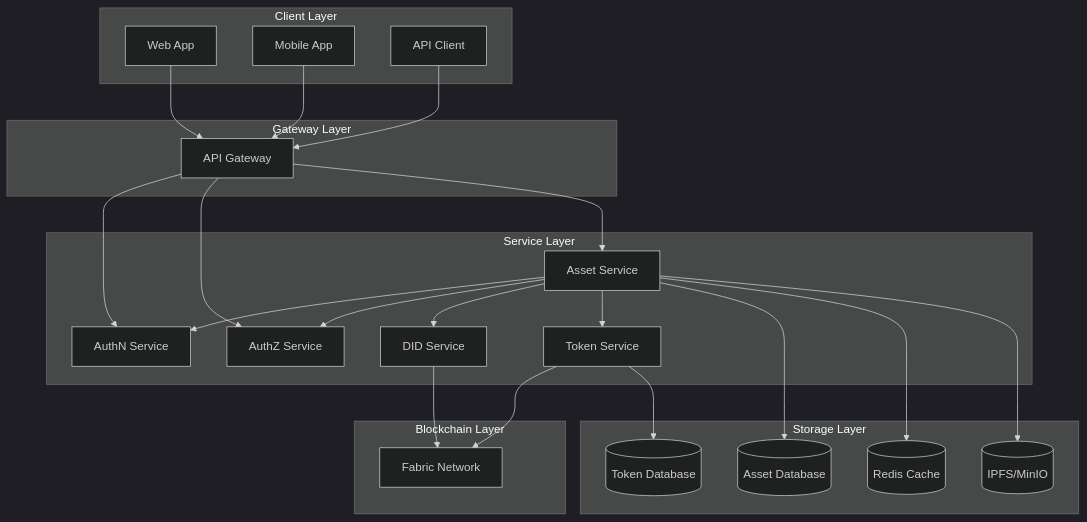
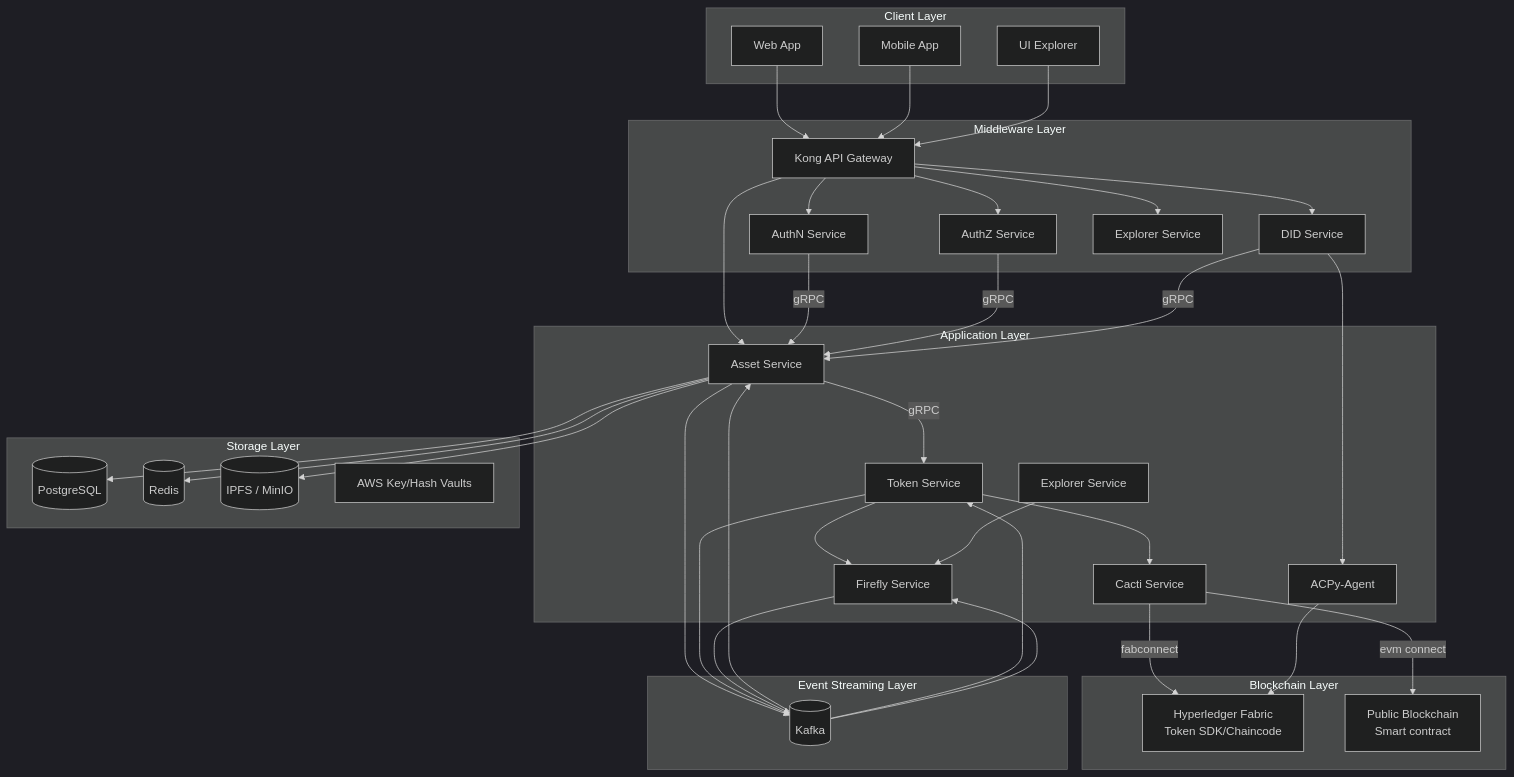
One commit to metafi-blockchain/metafi-digital-assets-service changed the first of 7 diagrams in docs/rd.vi.md. Above: the diagram before and after it, drawn with Mermaid (dark theme). The commit also changed other lines of this file, not shown here.

````diff
--- a/docs/rd.vi.md
+++ b/docs/rd.vi.md
@@ -86,53 +47,75 @@
 ```mermaid
 graph TD
     subgraph "Client Layer"
         Web[Web App]
         Mobile[Mobile App]
-        API[API Client]
+        Explorer[UI Explorer]
     end
 
-    subgraph "Gateway Layer"
-        Gateway[API Gateway]
+    subgraph "Middleware Layer"
+        Gateway[Kong API Gateway]
+        AuthN[AuthN Service]
+        AuthZ[AuthZ Service]
+        DID["DID Service"]
+        ExplorerService[Explorer Service]
     end
 
-    subgraph "Service Layer"
-        AuthN[AuthN Service]
-        AuthZ[AuthZ Service]
-        DID[DID Service]
+    subgraph "Application Layer"
         Asset[Asset Service]
         Token[Token Service]
+        Firefly[Firefly Service]
+        ExplorerServiceApp[Explorer Service]
+        Cacti[Cacti Service]
+        ACAPy[ACPy-Agent]
     end
 
     subgraph "Blockchain Layer"
-        Fabric[Fabric Network]
+        Fabric["Hyperledger Fabric\nToken SDK/Chaincode"]
+        PublicChain["Public Blockchain\nSmart contract"]
     end
 
     subgraph "Storage Layer"
-        AssetDB[(Asset Database)]
-        TokenDB[(Token Database)]
-        Cache[(Redis Cache)]
-        Storage[(IPFS/MinIO)]
+        DB[(PostgreSQL)]
+        Cache[(Redis)]
+        Storage[(IPFS / MinIO)]
+        KeyVaults[AWS Key/Hash Vaults]
+    end
+
+    subgraph "Event Streaming Layer"
+        Kafka[(Kafka)]
     end
 
     Web --> Gateway
     Mobile --> Gateway
-    API --> Gateway
+    Explorer --> Gateway
 
     Gateway --> AuthN
     Gateway --> AuthZ
     Gateway --> Asset
+    Gateway --> DID
+    Gateway --> ExplorerService
 
-    Asset --> AuthN
-    Asset --> AuthZ
-    Asset --> DID
-    Asset --> Token
+    AuthN --> |gRPC|Asset
+    AuthZ -->|gRPC|Asset
+    DID --> |gRPC|Asset
 
-    Token --> Fabric
-    DID --> Fabric
+    Asset --> |gRPC|Token
+    Token --> Firefly
+    Token --> Cacti
+    Cacti -->|fabconnect| Fabric
+    Cacti -->|evm connect| PublicChain
 
-    Asset --> AssetDB
+    Asset --> DB
     Asset --> Cache
     Asset --> Storage
+    DID -->ACAPy
+    ACAPy -->Fabric
 
-    Token --> TokenDB
+    Asset --> Kafka
+    Kafka --> Asset
+    Token --> Kafka
+    Kafka --> Token
+    Firefly --> Kafka
+    Kafka --> Firefly
+    ExplorerServiceApp --> Firefly
 ```
````
